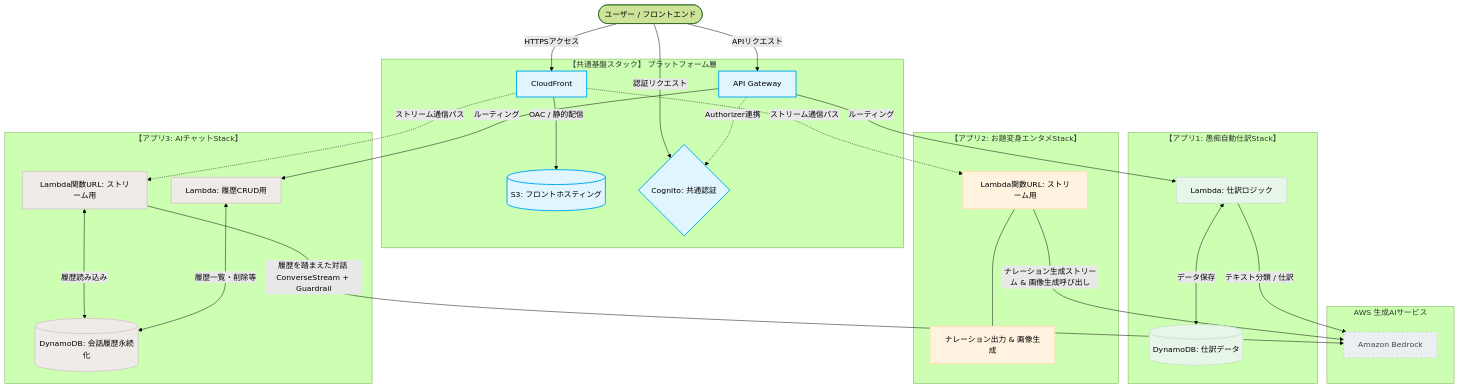
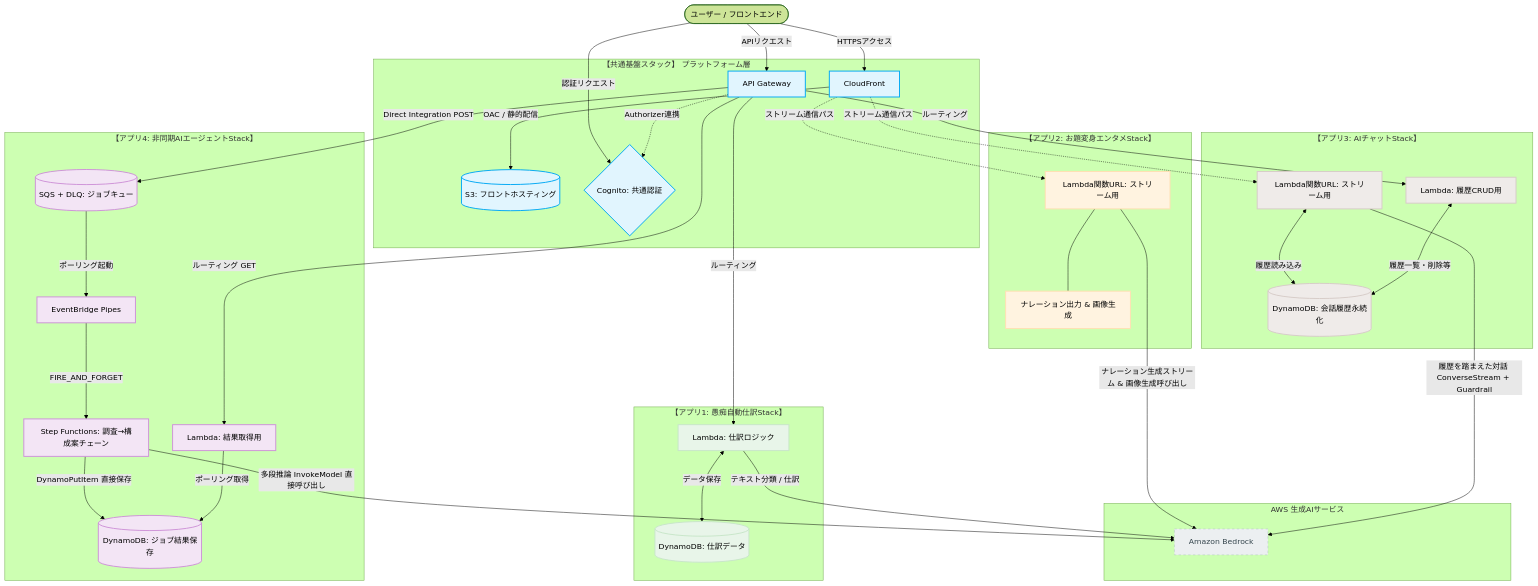
One commit to kmemn46/kuso-account-ai changed the diagram in README.md. Above: the diagram before and after it, drawn with Mermaid (forest theme). The commit also changed other lines of this file, not shown here.

Commit message:
#26 README修正

````diff
--- a/README.md
+++ b/README.md
@@ -27,6 +27,7 @@
     classDef app1 fill:#e8f5e9,stroke:#c8e6c9,stroke-width:2px,color:#000;
     classDef app2 fill:#fff3e0,stroke:#ffe0b2,stroke-width:2px,color:#000;
     classDef app3 fill:#efebe9,stroke:#d7ccc8,stroke-width:2px,color:#000;
+    classDef app4 fill:#f3e5f5,stroke:#ce93d8,stroke-width:2px,color:#000;
     classDef external fill:#eceff1,stroke:#b0bec5,stroke-width:1px,stroke-dasharray: 5 5,color:#37474f;
 
     User([ユーザー / フロントエンド])
@@ -78,6 +79,22 @@
         Lambda3_CRUD <-->|履歴一覧・削除等| DDB3
     end
 
+    %% -------------------------------------------------------
+    %% アプリStack 4
+    %% -------------------------------------------------------
+    subgraph App4Stack ["【アプリ4: 非同期AIエージェントStack】"]
+        SQS4[(SQS + DLQ: ジョブキュー)]:::app4
+        Pipes4[EventBridge Pipes]:::app4
+        SFN4[Step Functions: 調査→構成案チェーン]:::app4
+        DDB4[(DynamoDB: ジョブ結果保存)]:::app4
+        Lambda4_Get[Lambda: 結果取得用]:::app4
+
+        SQS4 -->|ポーリング起動| Pipes4
+        Pipes4 -->|FIRE_AND_FORGET| SFN4
+        SFN4 -->|DynamoPutItem 直接保存| DDB4
+        Lambda4_Get -->|ポーリング取得| DDB4
+    end
+
     %% 外部AIサービス
     subgraph ExternalAPI ["AWS 生成AIサービス"]
         Bedrock[Amazon Bedrock]:::external
@@ -95,9 +112,13 @@
     User -->|APIリクエスト| APIGW
     APIGW -->|ルーティング| Lambda1
     APIGW -->|ルーティング| Lambda3_CRUD
+    APIGW -->|Direct Integration POST| SQS4
+    APIGW -->|ルーティング GET| Lambda4_Get
 
     %% Bedrockへの接続
     Lambda1 -->|テキスト分類 / 仕訳| Bedrock
     Furl2 -->|ナレーション生成ストリーム & 画像生成呼び出し| Bedrock 
     Furl3 -->|履歴を踏まえた対話 ConverseStream + Guardrail| Bedrock
+    SFN4 -->|多段推論 InvokeModel 直接呼び出し| Bedrock
+
 ```
````
